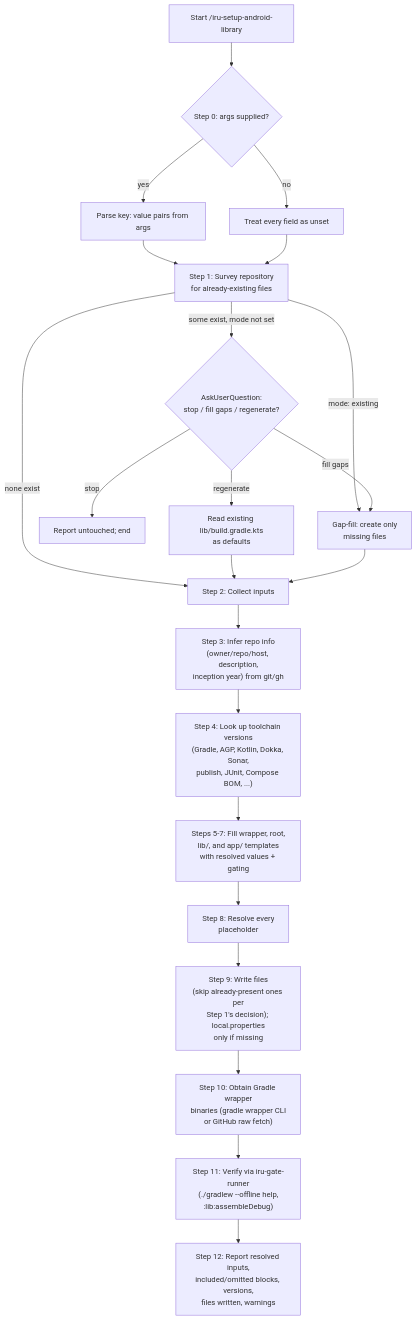
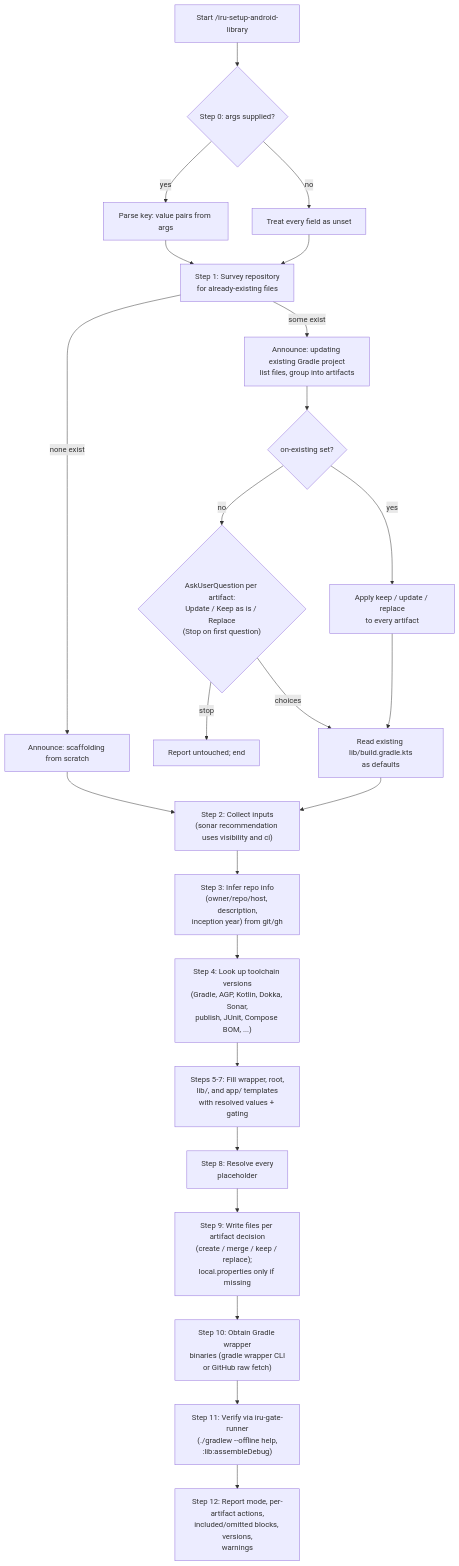
One commit to albertoirurueta/ai-catalog changed the diagram in docs/modules/ROOT/pages/skills/iru-setup-android-library.adoc. Above: the diagram before and after it, drawn with Mermaid. The commit also changed other lines of this file and 87 other files, not shown here.

```diff
--- a/docs/modules/ROOT/pages/skills/iru-setup-android-library.adoc
+++ b/docs/modules/ROOT/pages/skills/iru-setup-android-library.adoc
@@ -166,25 +190,27 @@
 [mermaid]
 ....
 flowchart TD
     A[Start /iru-setup-android-library] --> B{"Step 0: args supplied?"}
     B -- yes --> C[Parse key: value pairs from args]
     B -- no --> D[Treat every field as unset]
     C --> E["Step 1: Survey repository\nfor already-existing files"]
     D --> E
-    E -- none exist --> G["Step 2: Collect inputs"]
-    E -- "mode: existing" --> H["Gap-fill: create only\nmissing files"]
-    E -- "some exist, mode not set" --> F{"AskUserQuestion:\nstop / fill gaps / regenerate?"}
-    F -- stop --> STOP[Report untouched; end]
-    F -- "fill gaps" --> H
-    F -- regenerate --> I["Read existing lib/build.gradle.kts\nas defaults"]
+    E -- none exist --> E1["Announce: scaffolding from scratch"]
+    E -- some exist --> E2["Announce: updating existing Gradle project\nlist files, group into artifacts"]
+    E2 --> F{"on-existing set?"}
+    F -- yes --> F1["Apply keep / update / replace\nto every artifact"]
+    F -- no --> F2{"AskUserQuestion per artifact:\nUpdate / Keep as is / Replace\n(Stop on first question)"}
+    F2 -- stop --> STOP[Report untouched; end]
+    F2 -- choices --> I["Read existing lib/build.gradle.kts\nas defaults"]
+    F1 --> I
+    E1 --> G["Step 2: Collect inputs\n(sonar recommendation uses visibility and ci)"]
     I --> G
-    H --> G
     G --> J["Step 3: Infer repo info\n(owner/repo/host, description,\ninception year) from git/gh"]
     J --> K["Step 4: Look up toolchain versions\n(Gradle, AGP, Kotlin, Dokka, Sonar,\npublish, JUnit, Compose BOM, ...)"]
     K --> L["Steps 5-7: Fill wrapper, root,\nlib/, and app/ templates\nwith resolved values + gating"]
     L --> M["Step 8: Resolve every\nplaceholder"]
-    M --> N["Step 9: Write files\n(skip already-present ones per\nStep 1's decision); local.properties\nonly if missing"]
+    M --> N["Step 9: Write files per artifact decision\n(create / merge / keep / replace);\nlocal.properties only if missing"]
     N --> O["Step 10: Obtain Gradle wrapper\nbinaries (gradle wrapper CLI\nor GitHub raw fetch)"]
     O --> P["Step 11: Verify via iru-gate-runner\n(./gradlew --offline help,\n:lib:assembleDebug)"]
-    P --> Q["Step 12: Report resolved inputs,\nincluded/omitted blocks, versions,\nfiles written, warnings"]
+    P --> Q["Step 12: Report mode, per-artifact actions,\nincluded/omitted blocks, versions,\nwarnings"]
 ....
```
